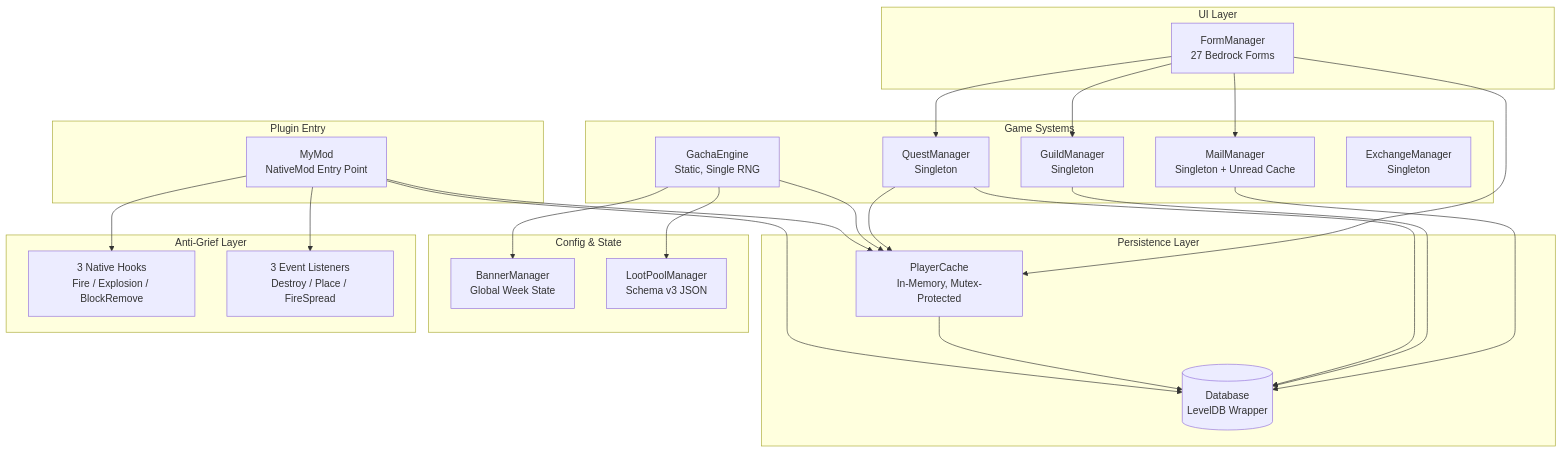
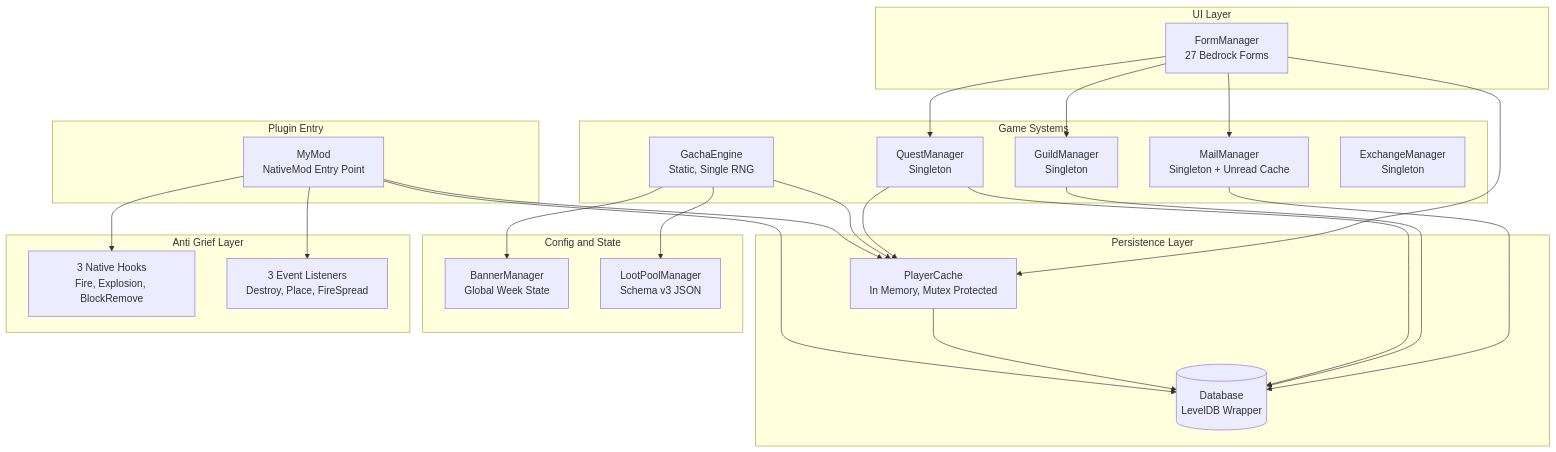
One commit to ClyntiaAikaHanaa/GachaPlugins changed the diagram in README.md. Above: the diagram before and after it, drawn with Mermaid. The commit also changed other lines of this file and 4 other files, not shown here.

````diff
--- a/README.md
+++ b/README.md
@@ -118,50 +101,50 @@
 ```mermaid
 graph TB
     subgraph "Plugin Entry"
         MyMod[MyMod<br/>NativeMod Entry Point]
     end
 
     subgraph "Persistence Layer"
         DB[(Database<br/>LevelDB Wrapper)]
-        Cache[PlayerCache<br/>In-Memory, Mutex-Protected]
+        Cache[PlayerCache<br/>In Memory, Mutex Protected]
     end
 
     subgraph "Game Systems"
         Gacha[GachaEngine<br/>Static, Single RNG]
         Quest[QuestManager<br/>Singleton]
         Guild[GuildManager<br/>Singleton]
         Mail[MailManager<br/>Singleton + Unread Cache]
         Exchange[ExchangeManager<br/>Singleton]
     end
 
-    subgraph "Config & State"
+    subgraph "Config and State"
         Banner[BannerManager<br/>Global Week State]
         Loot[LootPoolManager<br/>Schema v3 JSON]
     end
 
     subgraph "UI Layer"
         Form[FormManager<br/>27 Bedrock Forms]
     end
 
-    subgraph "Anti-Grief Layer"
-        Hooks[3 Native Hooks<br/>Fire / Explosion / BlockRemove]
-        Events[3 Event Listeners<br/>Destroy / Place / FireSpread]
+    subgraph "Anti Grief Layer"
+        Hooks[3 Native Hooks<br/>Fire, Explosion, BlockRemove]
+        Events[3 Event Listeners<br/>Destroy, Place, FireSpread]
     end
 
     MyMod --> DB
     MyMod --> Cache
     MyMod --> Events
     MyMod --> Hooks
     Cache --> DB
     Gacha --> Cache
     Gacha --> Banner
     Gacha --> Loot
     Quest --> Cache
     Quest --> DB
     Guild --> DB
     Mail --> DB
     Form --> Cache
     Form --> Guild
     Form --> Mail
     Form --> Quest
 ```
````
